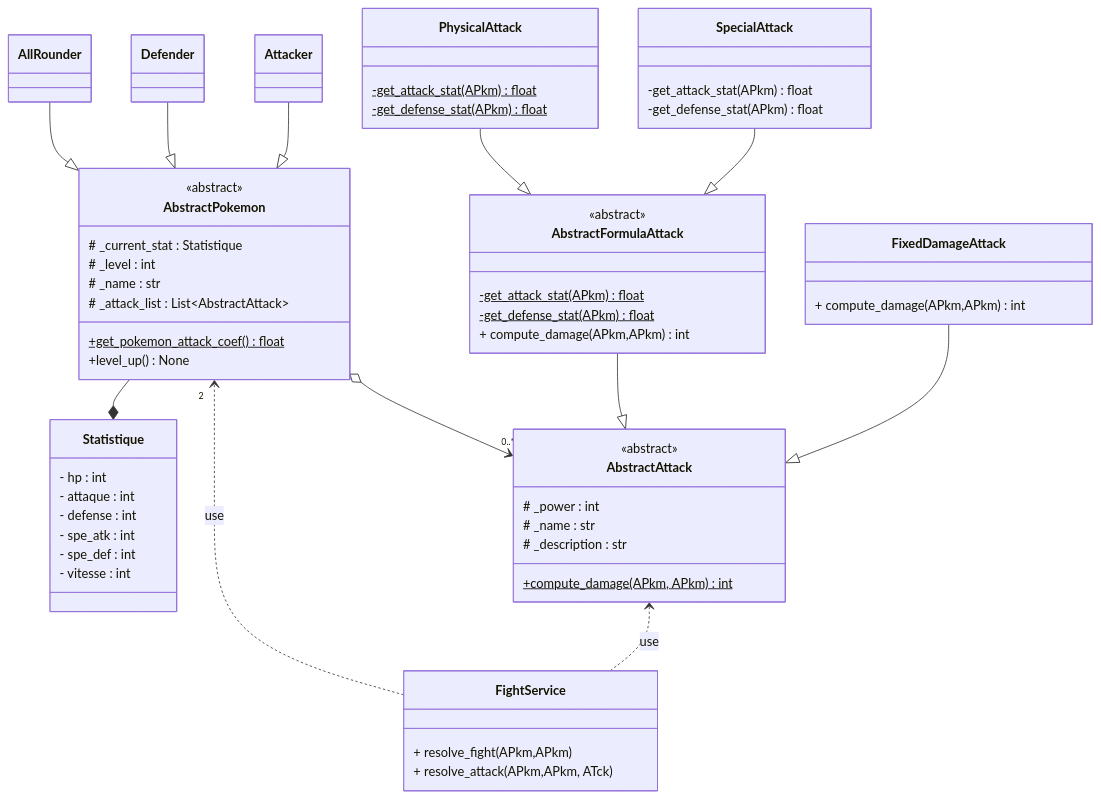
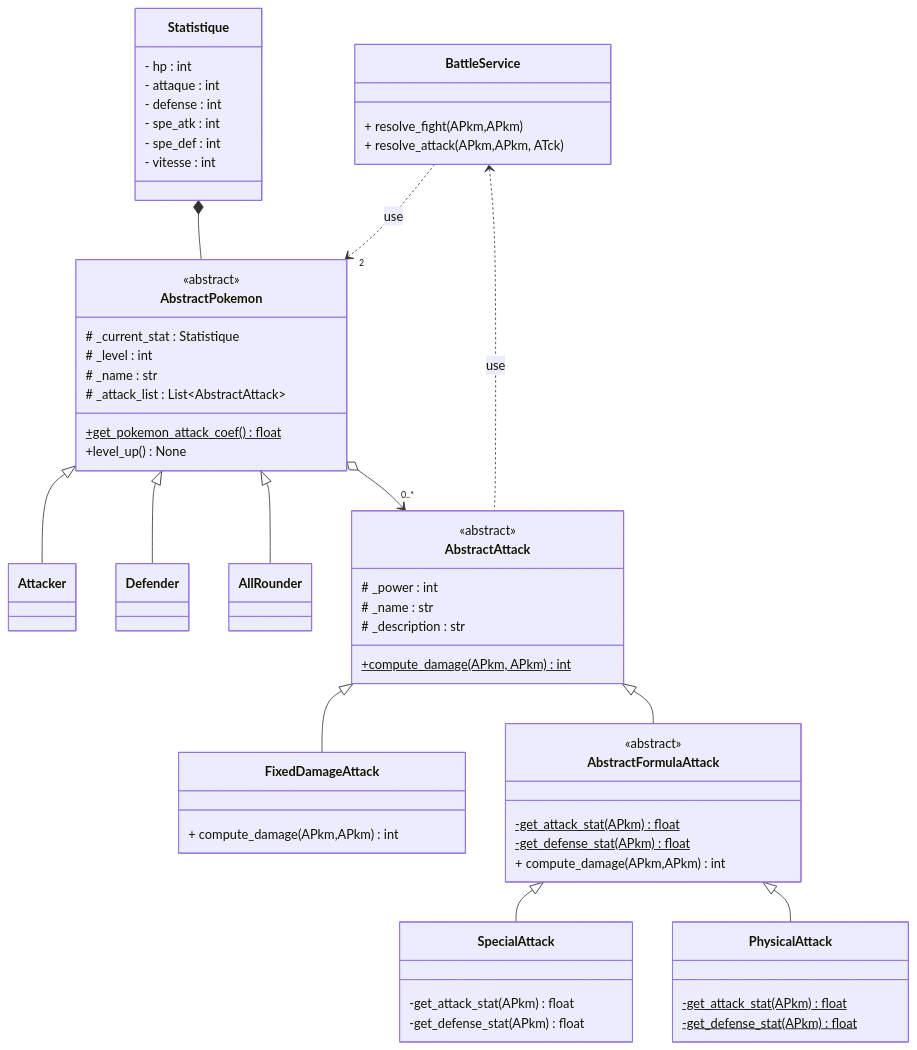
The fifth of 5 diagrams in doc/TP1.md (ludo2ne/ENSAI-2A-complement-info), drawn with Mermaid before and after one commit. The commit also changed other lines of this file, not shown here.

Commit message:
maj sujet

````diff
--- a/doc/TP1.md
+++ b/doc/TP1.md
@@ -366,68 +393,69 @@
 ```mermaid
 classDiagram
- class AbstractPokemon {
- <<abstract>>
-  # _current_stat : Statistique
-  # _level : int
-  # _name : str
-  # _attack_list : List~AbstractAttack~
-  +get_pokemon_attack_coef()$  float
-  +level_up() None
+  class AbstractPokemon {
+    <<abstract>>
+    # _current_stat : Statistique
+    # _level : int
+    # _name : str
+    # _attack_list : List~AbstractAttack~
+    +get_pokemon_attack_coef()$  float
+    +level_up() None
   }
   
- class FightService {
-  + resolve_fight(APkm,APkm)
-  + resolve_attack(APkm,APkm, ATck)
- }
+  class BattleService {
+    + resolve_fight(APkm,APkm)
+    + resolve_attack(APkm,APkm, ATck)
+  }  
  
+  class Statistique {
+    - hp : int
+    - attaque : int
+    - defense : int
+    - spe_atk : int
+    - spe_def : int
+    - vitesse : int
+  }
  
- class Statistique {
-        - hp : int
-        - attaque : int
-        - defense : int
-        - spe_atk : int
-        - spe_def : int
-        - vitesse : int
- }
+  BattleService ..>"2" AbstractPokemon : use
+  AbstractPokemon <|-- Attacker
+  AbstractPokemon <|-- Defender
+  AbstractPokemon <|-- AllRounder
+   Statistique *-- AbstractPokemon
  
- FightService ..>"2" AbstractPokemon : use
- Attacker --|> AbstractPokemon
- Defender --|> AbstractPokemon
- AllRounder --|> AbstractPokemon
- AbstractPokemon --* Statistique
+  class AbstractAttack{
+    <<abstract>>
+    # _power : int
+    # _name : str
+    # _description : str
+    +compute_damage(APkm, APkm)$ int
+  }
+
+  class FixedDamageAttack{
+    + compute_damage(APkm,APkm )  int
+  }
+
+  class AbstractFormulaAttack{
+    <<abstract>>
+    -get_attack_stat(APkm)$  float
+    -get_defense_stat(APkm)$  float
+    + compute_damage(APkm,APkm ) int
+  }
  
- class AbstractAttack{
- <<abstract>>
- # _power : int
- # _name : str
- # _description : str
- +compute_damage(APkm, APkm)$ int
- }
- class FixedDamageAttack{
-  + compute_damage(APkm,APkm )  int
- }
-    class AbstractFormulaAttack{
-    <<abstract>>
-  -get_attack_stat(APkm)$  float
-  -get_defense_stat(APkm)$  float
-  + compute_damage(APkm,APkm ) int
- }
+  class PhysicalAttack{
+   -get_attack_stat(APkm)$  float
+   -get_defense_stat(APkm)$  float
+  }
  
-    class PhysicalAttack{
-  -get_attack_stat(APkm)$  float
-  -get_defense_stat(APkm)$  float
- }
+  class SpecialAttack{
+    -get_attack_stat(APkm)  float
+    -get_defense_stat(APkm)  float
+  }
  
-    class SpecialAttack{
-  -get_attack_stat(APkm)  float
-  -get_defense_stat(APkm)  float
- }
- 
- FixedDamageAttack--|>AbstractAttack
- AbstractFormulaAttack--|>AbstractAttack
- SpecialAttack--|>AbstractFormulaAttack
- PhysicalAttack--|>AbstractFormulaAttack
- AbstractAttack <.. FightService : use
- AbstractPokemon o-->"0..*" AbstractAttack
+  AbstractAttack <|-- FixedDamageAttack
+  AbstractAttack <|-- AbstractFormulaAttack
+  AbstractFormulaAttack <|-- SpecialAttack
+  AbstractFormulaAttack <|-- PhysicalAttack
+  BattleService >.. AbstractAttack  : use
+  AbstractPokemon o-->"0..*" AbstractAttack
 
 ```
````
